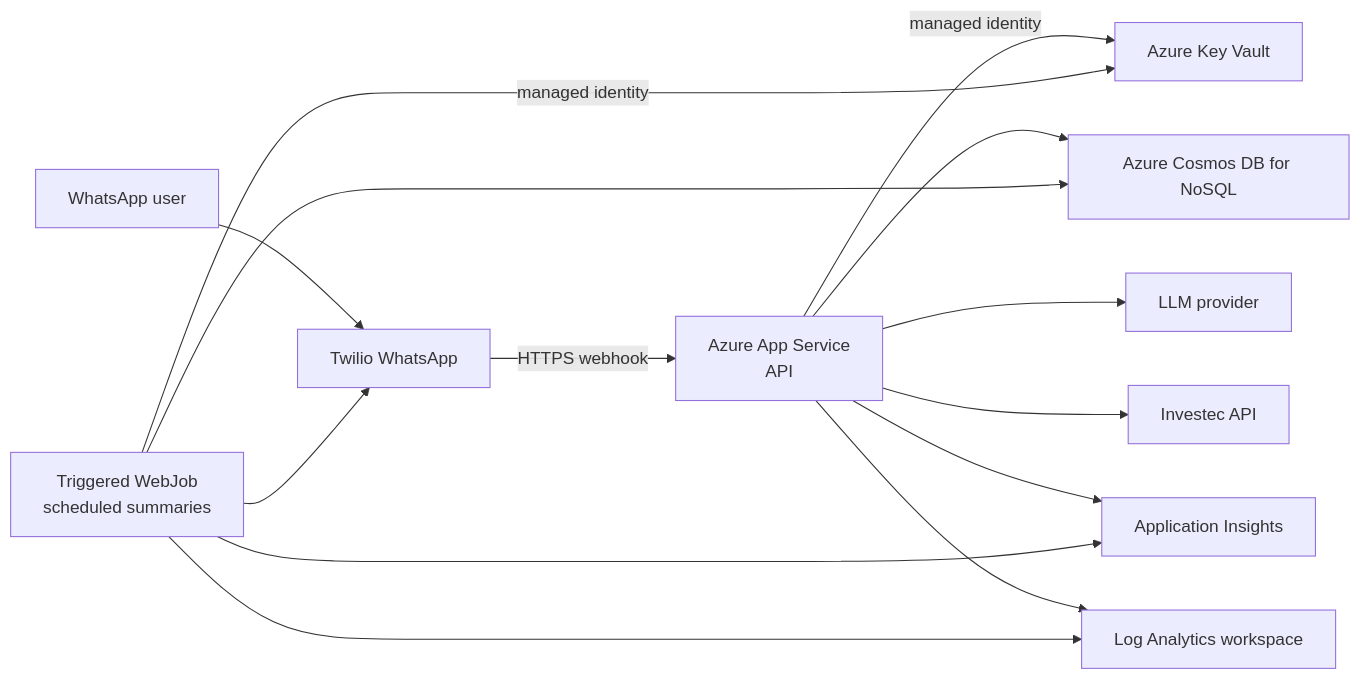
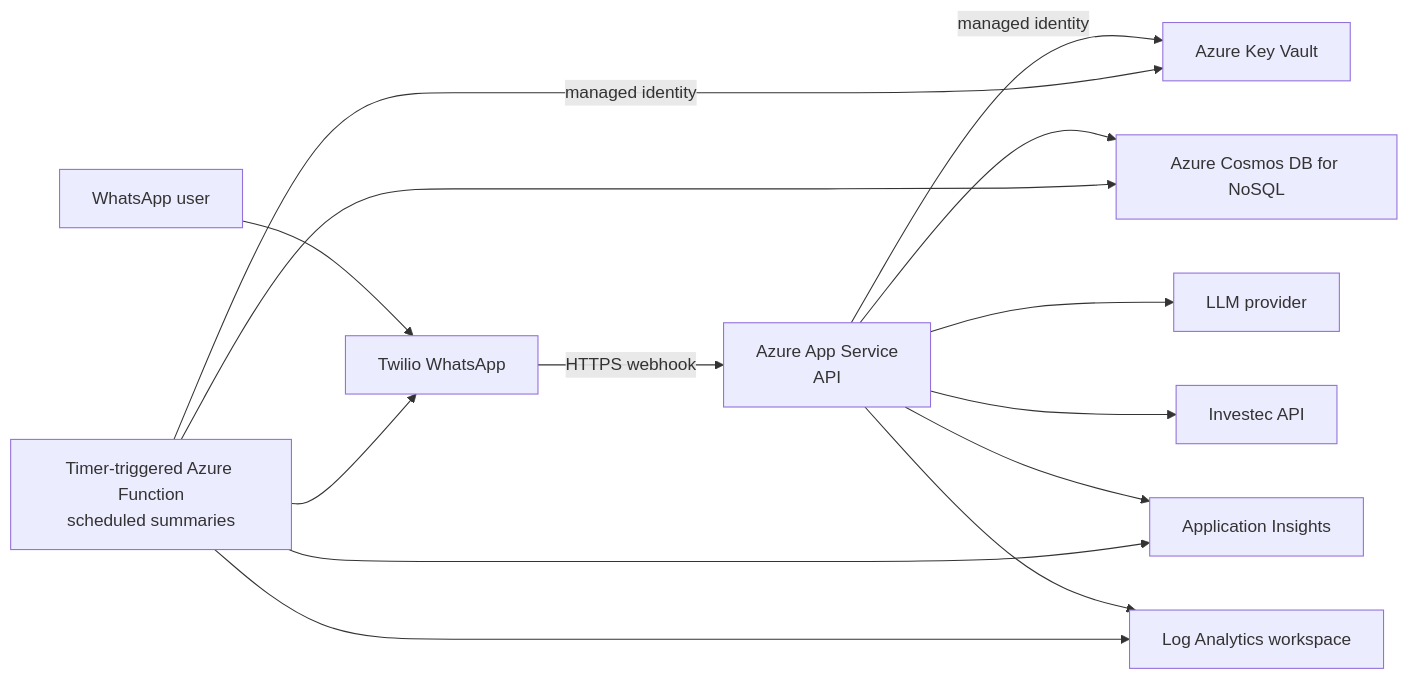
The diagram in docs/spec/07_infrastructure-design.md (tjabane/tjabane.agent.tjhelete), drawn with Mermaid before and after one commit. The commit also changed other lines of this file and 4 other files, not shown here.

````diff
--- a/docs/spec/07_infrastructure-design.md
+++ b/docs/spec/07_infrastructure-design.md
@@ -29,18 +31,18 @@
 ```mermaid
 flowchart LR
     User[WhatsApp user] --> Twilio[Twilio WhatsApp]
     Twilio -->|HTTPS webhook| Api[Azure App Service\nAPI]
     Api -->|managed identity| Kv[Azure Key Vault]
     Api --> Cosmos[Azure Cosmos DB for NoSQL]
     Api --> OpenAI[LLM provider]
     Api --> Investec[Investec API]
     Api --> Ai[Application Insights]
     Api --> Logs[Log Analytics workspace]
 
-    Job[Triggered WebJob\nscheduled summaries] -->|managed identity| Kv
+    Job[Timer-triggered Azure Function\nscheduled summaries] -->|managed identity| Kv
     Job --> Cosmos
     Job --> Twilio
     Job --> Ai
     Job --> Logs
 
 ```
````
